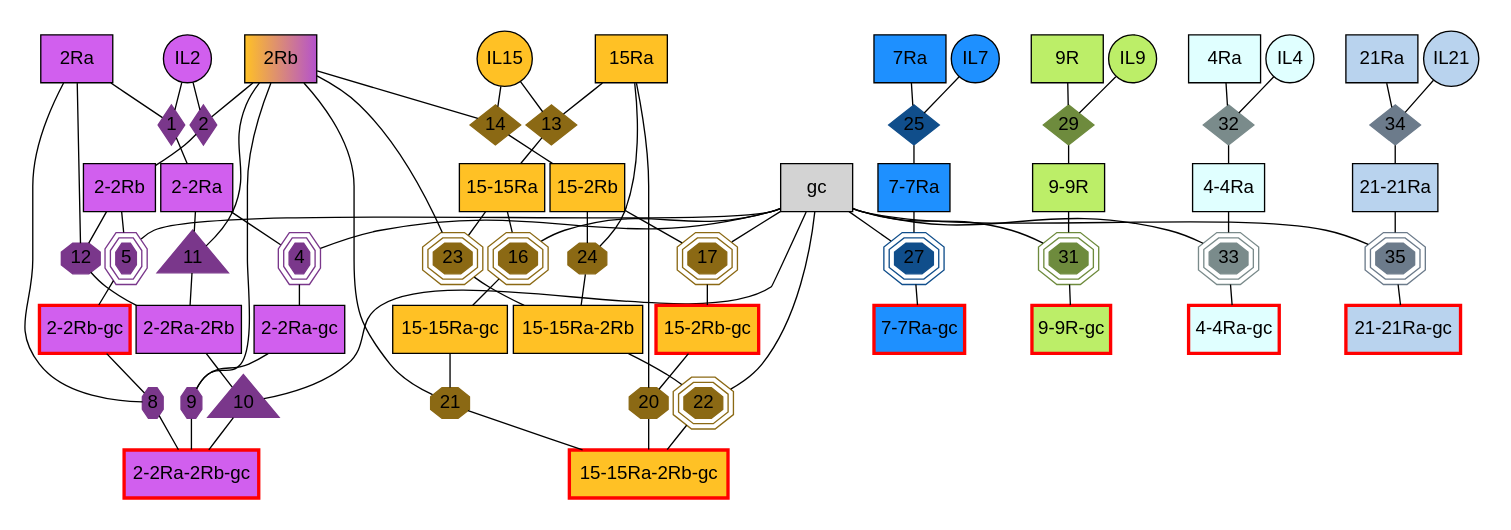
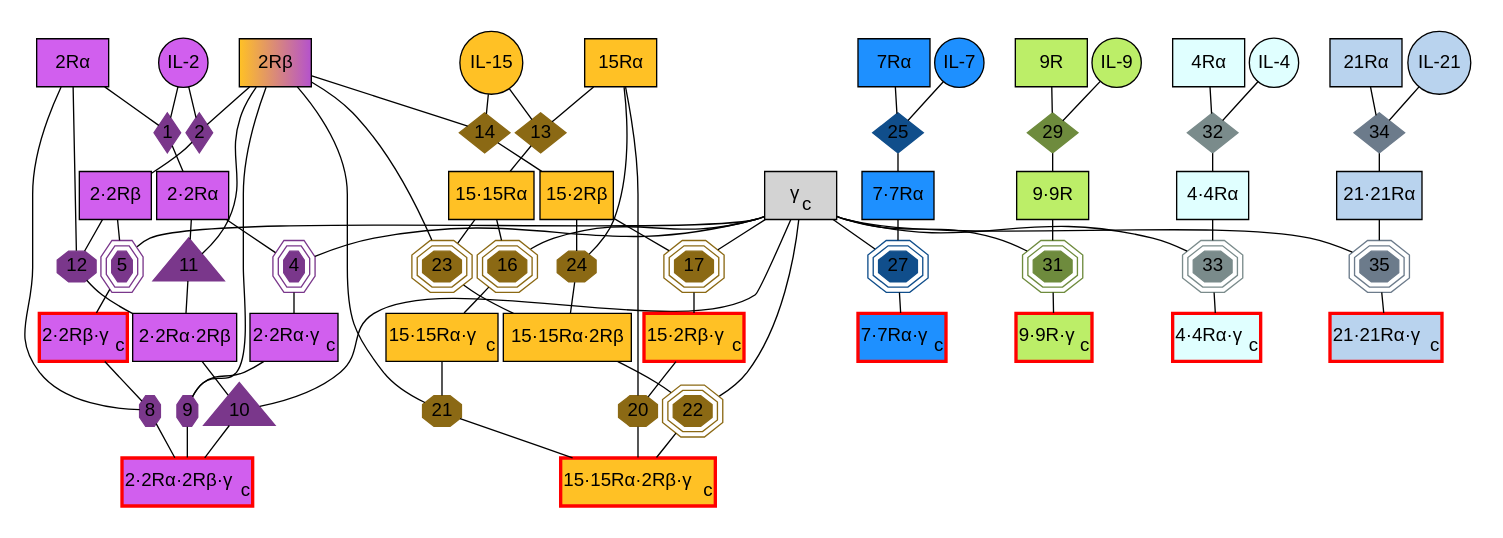
Before and after one commit to meyer-lab/gc-cytokines: the diagram in ckine/data/graph_all.gv, drawn with Graphviz. The commit also changed 8 other files, not shown here.

```diff
--- a/ckine/data/graph_all.gv
+++ b/ckine/data/graph_all.gv
@@ -5,52 +5,52 @@
     subgraph specises {
         node [margin=0.03];
         rank="max";
-        "gc"    [shape=box, style=filled, BGCOLOR="white", fontname = "helvetica"];
+        "gc"    [label=<γ<SUB>c</SUB>>, shape=box, style=filled, BGCOLOR="white", fontname = "helvetica"];
     }
 
     subgraph species {
         node [margin=0.03];
 
-        "IL2"   [shape=circle, fontname = "helvetica", fillcolor=mediumorchid2, style=filled ];
-        "2Ra" [shape=box, fontname = "helvetica", fillcolor=mediumorchid2, style=filled   ];
-        "2Rb" [shape=box, style=filled, fontname = "helvetica", fillcolor="goldenrod1:mediumorchid3", style=filled];
-        "2-2Ra" [shape=box, fontname = "helvetica", fillcolor=mediumorchid2, style=filled];
-        "2-2Rb" [shape=box, fontname = "helvetica", fillcolor=mediumorchid2, style=filled];
-        "2-2Ra" [shape=box, fontname = "helvetica", fillcolor=mediumorchid2, style=filled];
-        "2-2Ra" [shape=box, fontname = "helvetica", fillcolor=mediumorchid2, style=filled];
-        "2-2Ra-2Rb" [shape=box, fontname = "helvetica", fillcolor=mediumorchid2, style=filled ];
-        "2-2Ra-gc" [shape=box, fontname = "helvetica" , fillcolor=mediumorchid2, style=filled];
-        "2-2Rb-gc" [shape=box, color=red, fontname = "helvetica" , fillcolor=mediumorchid2, style=filled, penwidth=2.5];
-        "2-2Ra-2Rb-gc" [shape=box, color=red, fontname = "helvetica", fillcolor=mediumorchid2, style=filled , penwidth=2.5];
+        "IL-2"   [shape=circle, fontname = "helvetica", fillcolor=mediumorchid2, style=filled ];
+        "2Rα" [shape=box, fontname = "helvetica", fillcolor=mediumorchid2, style=filled   ];
+        "2Rβ" [shape=box, style=filled, fontname = "helvetica", fillcolor="goldenrod1:mediumorchid3", style=filled];
+        "2·2Rα" [shape=box, fontname = "helvetica", fillcolor=mediumorchid2, style=filled];
+        "2·2Rβ" [shape=box, fontname = "helvetica", fillcolor=mediumorchid2, style=filled];
+        "2·2Rα" [shape=box, fontname = "helvetica", fillcolor=mediumorchid2, style=filled];
+        "2·2Rα" [shape=box, fontname = "helvetica", fillcolor=mediumorchid2, style=filled];
+        "2·2Rα·2Rβ" [shape=box, fontname = "helvetica", fillcolor=mediumorchid2, style=filled ];
+        "2·2Rα·gc" [label=<2·2Rα·γ<SUB>c</SUB>>, shape=box, fontname = "helvetica" , fillcolor=mediumorchid2, style=filled];
+        "2·2Rβ·gc" [label=<2·2Rβ·γ<SUB>c</SUB>>, shape=box, color=red, fontname = "helvetica" , fillcolor=mediumorchid2, style=filled, penwidth=2.5];
+        "2·2Rα·2Rβ·gc" [label=<2·2Rα·2Rβ·γ<SUB>c</SUB>>, shape=box, color=red, fontname = "helvetica", fillcolor=mediumorchid2, style=filled , penwidth=2.5];
 
-        "IL15"  [shape=circle, fontname = "helvetica", fillcolor=goldenrod1, style=filled];
-        "15Ra"    [shape=box, fontname = "helvetica", fillcolor=goldenrod1, style=filled];
-        "15-15Ra"   [shape=box, fontname = "helvetica", fillcolor=goldenrod1, style=filled];
-        "15-2Rb"    [shape=box, fontname = "helvetica", fillcolor=goldenrod1, style=filled];
-        "15-15Ra-2Rb" [shape=box, fontname = "helvetica", fillcolor=goldenrod1, style=filled];
-        "15-15Ra-gc"    [shape=box, fontname = "helvetica", fillcolor=goldenrod1, style=filled];
-        "15-2Rb-gc" [shape=box, color=red, fontname = "helvetica", fillcolor=goldenrod1, style=filled, penwidth=2.5];
-        "15-15Ra-2Rb-gc"  [shape=box, color=red, fontname = "helvetica", fillcolor=goldenrod1, style=filled, penwidth=2.5];
+        "IL-15"  [shape=circle, fontname = "helvetica", fillcolor=goldenrod1, style=filled];
+        "15Rα"    [shape=box, fontname = "helvetica", fillcolor=goldenrod1, style=filled];
+        "15·15Rα"   [shape=box, fontname = "helvetica", fillcolor=goldenrod1, style=filled];
+        "15·2Rβ"    [shape=box, fontname = "helvetica", fillcolor=goldenrod1, style=filled];
+        "15·15Rα·2Rβ" [shape=box, fontname = "helvetica", fillcolor=goldenrod1, style=filled];
+        "15·15Rα·gc"    [label=<15·15Rα·γ<SUB>c</SUB>>, shape=box, fontname = "helvetica", fillcolor=goldenrod1, style=filled];
+        "15·2Rβ·gc" [label=<15·2Rβ·γ<SUB>c</SUB>>, shape=box, color=red, fontname = "helvetica", fillcolor=goldenrod1, style=filled, penwidth=2.5];
+        "15·15Rα·2Rβ·gc"  [label=<15·15Rα·2Rβ·γ<SUB>c</SUB>>, shape=box, color=red, fontname = "helvetica", fillcolor=goldenrod1, style=filled, penwidth=2.5];
 
-        "IL7"   [shape=circle, fontname = "helvetica", fillcolor=dodgerblue, style=filled];
-        "7Ra" [shape=box, fontname = "helvetica", fillcolor=dodgerblue, style=filled];
-        "7-7Ra" [shape=box, fontname = "helvetica", fillcolor=dodgerblue, style=filled];
-        "7-7Ra-gc"  [shape=box, color=red, fontname = "helvetica", fillcolor=dodgerblue, style=filled, penwidth=2.5];
+        "IL-7"   [shape=circle, fontname = "helvetica", fillcolor=dodgerblue, style=filled];
+        "7Rα" [shape=box, fontname = "helvetica", fillcolor=dodgerblue, style=filled];
+        "7·7Rα" [shape=box, fontname = "helvetica", fillcolor=dodgerblue, style=filled];
+        "7·7Rα·gc"  [label=<7·7Rα·γ<SUB>c</SUB>>, shape=box, color=red, fontname = "helvetica", fillcolor=dodgerblue, style=filled, penwidth=2.5];
 
-        "IL9"   [shape=circle, fontname = "helvetica", fillcolor=darkolivegreen2, style=filled];
+        "IL-9"   [shape=circle, fontname = "helvetica", fillcolor=darkolivegreen2, style=filled];
         "9R" [shape=box , fontname = "helvetica" , fillcolor=darkolivegreen2, style=filled  ];
-        "9-9R" [shape=box, fontname = "helvetica", fillcolor=darkolivegreen2, style=filled];
-        "9-9R-gc" [shape=box, color=red, fontname = "helvetica", fillcolor=darkolivegreen2, style=filled , penwidth=2.5];
+        "9·9R" [shape=box, fontname = "helvetica", fillcolor=darkolivegreen2, style=filled];
+        "9·9R·gc" [label=<9·9R·γ<SUB>c</SUB>>, shape=box, color=red, fontname = "helvetica", fillcolor=darkolivegreen2, style=filled , penwidth=2.5];
 
-        "IL4"   [shape=circle, fontname = "helvetica", fillcolor=lightcyan, style=filled];
-        "4Ra" [shape=box, fontname = "helvetica" , fillcolor=lightcyan, style=filled   ];
-        "4-4Ra" [shape=box, fontname = "helvetica", fillcolor=lightcyan, style=filled];
-        "4-4Ra-gc" [shape=box, color=red, fontname = "helvetica" , fillcolor=lightcyan, style=filled , penwidth=2.5];
+        "IL-4"   [shape=circle, fontname = "helvetica", fillcolor=lightcyan, style=filled];
+        "4Rα" [shape=box, fontname = "helvetica" , fillcolor=lightcyan, style=filled   ];
+        "4·4Rα" [shape=box, fontname = "helvetica", fillcolor=lightcyan, style=filled];
+        "4·4Rα·gc" [label=<4·4Rα·γ<SUB>c</SUB>>, shape=box, color=red, fontname = "helvetica" , fillcolor=lightcyan, style=filled , penwidth=2.5];
 
-        "IL21"   [shape=circle, fontname = "helvetica", fillcolor=slategray2, style=filled];
-        "21Ra" [shape=box , fontname = "helvetica", fillcolor=slategray2, style=filled   ];
-        "21-21Ra" [shape=box, fontname = "helvetica", fillcolor=slategray2, style=filled];
-        "21-21Ra-gc" [shape=box, color=red, fontname = "helvetica", fillcolor=slategray2, style=filled , penwidth=2.5 ];
+        "IL-21"   [shape=circle, fontname = "helvetica", fillcolor=slategray2, style=filled];
+        "21Rα" [shape=box , fontname = "helvetica", fillcolor=slategray2, style=filled   ];
+        "21·21Rα" [shape=box, fontname = "helvetica", fillcolor=slategray2, style=filled];
+        "21·21Rα·gc" [label=<21·21Rα·γ<SUB>c</SUB>>, shape=box, color=red, fontname = "helvetica", fillcolor=slategray2, style=filled , penwidth=2.5 ];
     }
 
     subgraph cluster_IL2 {
@@ -58,49 +58,49 @@
         penwidth=0;
 
         "1" [shape=diamond,style=filled,height=.1,width=.1, fontname = "helvetica"];
-        "IL2" -> "1" [dir=none,weight=1];
-        "2Ra" -> "1" [dir=none,weight=1];
-        "1" -> "2-2Ra" [dir=none, weight=2];
+        "IL-2" -> "1" [dir=none,weight=1];
+        "2Rα" -> "1" [dir=none,weight=1];
+        "1" -> "2·2Rα" [dir=none, weight=2];
 
         "2" [shape=diamond,style=filled,height=.1,width=.1, fontname = "helvetica"];
-        "IL2" -> "2" [dir=none,weight=1];
-        "2Rb" -> "2" [dir=none,weight=1];
-        "2" -> "2-2Rb" [dir=none, weight=2];
+        "IL-2" -> "2" [dir=none,weight=1];
+        "2Rβ" -> "2" [dir=none,weight=1];
+        "2" -> "2·2Rβ" [dir=none, weight=2];
 
         "4" [shape=tripleoctagon,style=filled,height=.1,width=.1, fontname = "helvetica"];
-        "2-2Ra" -> "4" [dir=none,weight=1];
+        "2·2Rα" -> "4" [dir=none,weight=1];
         "gc" -> "4" [dir=none,weight=1];
-        "4" -> "2-2Ra-gc" [dir=none, weight=2];
+        "4" -> "2·2Rα·gc" [dir=none, weight=2];
 
         "5" [shape=tripleoctagon,style=filled,height=.1,width=.1, fontname = "helvetica"];
-        "2-2Rb" -> "5" [dir=none,weight=1];
+        "2·2Rβ" -> "5" [dir=none,weight=1];
         "gc" -> "5" [dir=none,weight=1];
-        "5" -> "2-2Rb-gc" [dir=none, weight=2];
+        "5" -> "2·2Rβ·gc" [dir=none, weight=2];
 
         "8" [shape=octagon,style=filled,height=.1,width=.1, fontname = "helvetica"];
-        "2-2Rb-gc" -> "8" [dir=none,weight=1];
-        "2Ra" -> "8" [dir=none,weight=1];
-        "8" -> "2-2Ra-2Rb-gc" [dir=none, weight=2, fontname = "helvetica"];
+        "2·2Rβ·gc" -> "8" [dir=none,weight=1];
+        "2Rα" -> "8" [dir=none,weight=1];
+        "8" -> "2·2Rα·2Rβ·gc" [dir=none, weight=2, fontname = "helvetica"];
 
         "9" [shape=octagon,style=filled,height=.1,width=.1, fontname = "helvetica"];
-        "2-2Ra-gc" -> "9" [dir=none,weight=1];
-        "2Rb" -> "9" [dir=none,weight=1];
-        "9" -> "2-2Ra-2Rb-gc" [dir=none, weight=2];
+        "2·2Rα·gc" -> "9" [dir=none,weight=1];
+        "2Rβ" -> "9" [dir=none,weight=1];
+        "9" -> "2·2Rα·2Rβ·gc" [dir=none, weight=2];
 
         "10" [shape=triangle,style=filled,height=.1,width=.04, fontname = "helvetica"];
-        "2-2Ra-2Rb" -> "10" [dir=none,weight=1];
+        "2·2Rα·2Rβ" -> "10" [dir=none,weight=1];
         "gc" -> "10" [dir=none,weight=1];
-        "10" -> "2-2Ra-2Rb-gc" [dir=none, weight=2];
+        "10" -> "2·2Rα·2Rβ·gc" [dir=none, weight=2];
 
         "11" [shape=triangle,style=filled,height=.1,width=.04, fontname = "helvetica"];
-        "2-2Ra" -> "11" [dir=none,weight=1];
-        "2Rb" -> "11" [dir=none,weight=1];
-        "11" -> "2-2Ra-2Rb" [dir=none, weight=2];
+        "2·2Rα" -> "11" [dir=none,weight=1];
+        "2Rβ" -> "11" [dir=none,weight=1];
+        "11" -> "2·2Rα·2Rβ" [dir=none, weight=2];
 
         "12" [shape=octagon,style=filled,height=.1,width=.1, fontname = "helvetica"];
-        "2-2Rb" -> "12" [dir=none,weight=1];
-        "2Ra" -> "12" [dir=none,weight=1];
-        "12" -> "2-2Ra-2Rb" [dir=none, weight=2];
+        "2·2Rβ" -> "12" [dir=none,weight=1];
+        "2Rα" -> "12" [dir=none,weight=1];
+        "12" -> "2·2Rα·2Rβ" [dir=none, weight=2];
     }
 
     subgraph cluster_IL15 {
@@ -109,49 +109,49 @@
         penwidth=0;
 
         "13" [shape=diamond,style=filled,height=.1,width=.1, fontname = "helvetica"];
-        "IL15" -> "13";
-        "15Ra" -> "13";
-        "13" -> "15-15Ra";
+        "IL-15" -> "13";
+        "15Rα" -> "13";
+        "13" -> "15·15Rα";
 
         "14" [shape=diamond,style=filled,height=.1,width=.1, fontname = "helvetica"];
-        "IL15" -> "14";
-        "2Rb" -> "14";
-        "14" -> "15-2Rb";
+        "IL-15" -> "14";
+        "2Rβ" -> "14";
+        "14" -> "15·2Rβ";
 
         "16" [shape=tripleoctagon,style=filled,height=.1,width=.1, fontname = "helvetica"];
-        "15-15Ra" -> "16";
+        "15·15Rα" -> "16";
         "gc" -> "16";
-        "16" -> "15-15Ra-gc";
+        "16" -> "15·15Rα·gc";
 
         "17" [shape=tripleoctagon,style=filled,height=.1,width=.1, fontname = "helvetica"];
-        "15-2Rb" -> "17";
+        "15·2Rβ" -> "17";
         "gc" -> "17";
-        "17" -> "15-2Rb-gc";
+        "17" -> "15·2Rβ·gc";
 
         "20" [shape=octagon,style=filled,height=.1,width=.1, fontname = "helvetica"];
-        "15-2Rb-gc" -> "20";
-        "15Ra" -> "20";
-        "20" -> "15-15Ra-2Rb-gc";
+        "15·2Rβ·gc" -> "20";
+        "15Rα" -> "20";
+        "20" -> "15·15Rα·2Rβ·gc";
 
         "21" [shape=octagon,style=filled,height=.1,width=.1, fontname = "helvetica"];
-        "15-15Ra-gc" -> "21";
-        "2Rb" -> "21";
-        "21" -> "15-15Ra-2Rb-gc";
+        "15·15Rα·gc" -> "21";
+        "2Rβ" -> "21";
+        "21" -> "15·15Rα·2Rβ·gc";
 
         "22" [shape=tripleoctagon,style=filled,height=.1,width=.1, fontname = "helvetica"];
-        "15-15Ra-2Rb" -> "22";
+        "15·15Rα·2Rβ" -> "22";
         "gc" -> "22";
-        "22" -> "15-15Ra-2Rb-gc";
+        "22" -> "15·15Rα·2Rβ·gc";
 
         "23" [shape=tripleoctagon,style=filled,height=.1,width=.1, fontname = "helvetica"];
-        "15-15Ra" -> "23";
-        "2Rb" -> "23";
-        "23" -> "15-15Ra-2Rb";
+        "15·15Rα" -> "23";
+        "2Rβ" -> "23";
+        "23" -> "15·15Rα·2Rβ";
 
         "24" [shape=octagon,style=filled,height=.1,width=.1, fontname = "helvetica"];
-        "15-2Rb" -> "24";
-        "15Ra" -> "24";
-        "24" -> "15-15Ra-2Rb";
+        "15·2Rβ" -> "24";
+        "15Rα" -> "24";
+        "24" -> "15·15Rα·2Rβ";
         }
 
     subgraph cluster_IL7 {
@@ -160,14 +160,14 @@
         penwidth=0;
         
         "25" [shape=diamond,style=filled,height=.1,width=.1, fontname = "helvetica"];
-        "IL7" -> "25";
-        "7Ra" -> "25";
-        "25" -> "7-7Ra";
+        "IL-7" -> "25";
+        "7Rα" -> "25";
+        "25" -> "7·7Rα";
 
         "27" [shape=tripleoctagon,style=filled,height=.1,width=.1, fontname = "helvetica"];
-        "7-7Ra" -> "27";
+        "7·7Rα" -> "27";
         "gc" -> "27";
-        "27" -> "7-7Ra-gc";
+        "27" -> "7·7Rα·gc";
     }
 
     subgraph cluster_IL9 {
@@ -176,14 +176,14 @@
         penwidth=0;
         
         "29" [shape=diamond, style=filled, height=.1, width=.1, fontname = "helvetica"];
-        "IL9" -> "29";
+        "IL-9" -> "29";
         "9R" -> "29";
-        "29" -> "9-9R";
+        "29" -> "9·9R";
 
         "31" [shape=tripleoctagon,style=filled,height=.1,width=.1, fontname = "helvetica"];
-        "9-9R" -> "31";
+        "9·9R" -> "31";
         "gc" -> "31";
-        "31" -> "9-9R-gc";
+        "31" -> "9·9R·gc";
     }
 
     subgraph cluster_IL4 {
@@ -192,14 +192,14 @@
         penwidth=0;
         
         "32" [shape=diamond, style=filled, height=0.1, width=0.1, fontname = "helvetica"];
-        "IL4" -> "32";
-        "4Ra" -> "32";
-        "32" -> "4-4Ra";
+        "IL-4" -> "32";
+        "4Rα" -> "32";
+        "32" -> "4·4Rα";
 
         "33" [shape=tripleoctagon,style=filled,height=.1,width=.1, fontname = "helvetica"];
-        "4-4Ra" -> "33";
+        "4·4Rα" -> "33";
         "gc" -> "33";
-        "33" -> "4-4Ra-gc";
+        "33" -> "4·4Rα·gc";
     }
     subgraph cluster_IL21 {
     	node [style=filled, color=slategray4, margin=0];
@@ -207,13 +207,13 @@
         penwidth=0;
         
         "34" [shape=diamond,style=filled,height=.1,width=.1, fontname = "helvetica"];
-        "IL21" -> "34";
-        "21Ra" -> "34";
-        "34" -> "21-21Ra";
+        "IL-21" -> "34";
+        "21Rα" -> "34";
+        "34" -> "21·21Rα";
 
         "35" [shape=tripleoctagon,style=filled, height=.1, width=.1, fontname = "helvetica"];
-        "21-21Ra" -> "35";
+        "21·21Rα" -> "35";
         "gc" -> "35";
-        "35" -> "21-21Ra-gc";
+        "35" -> "21·21Rα·gc";
     }
 }
```
